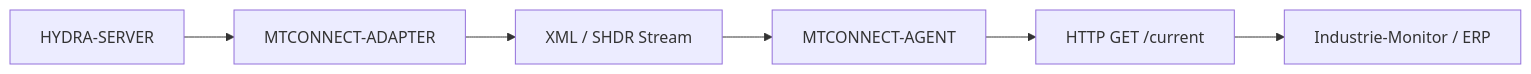
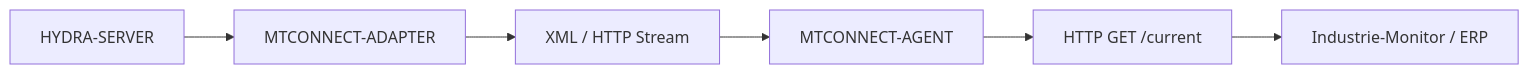
The diagram in README_deu.md (JuanenRac/HYDRA-UMC-MTCONNECT-ADAPTER), drawn with Mermaid before and after one commit. The commit also changed other lines of this file and 10 other files, not shown here.

````diff
--- a/README_deu.md
+++ b/README_deu.md
@@ -37,8 +37,8 @@
 ```mermaid
 flowchart LR
     HYDRA["HYDRA-SERVER"] --> ADAP["MTCONNECT-ADAPTER"]
-    ADAP --> XML["XML / SHDR Stream"]
+    ADAP --> XML["XML / HTTP Stream"]
     XML --> AGENT["MTCONNECT-AGENT"]
     AGENT --> HTTP["HTTP GET /current"]
     HTTP --> MONITOR["Industrie-Monitor / ERP"]
 ```
````
